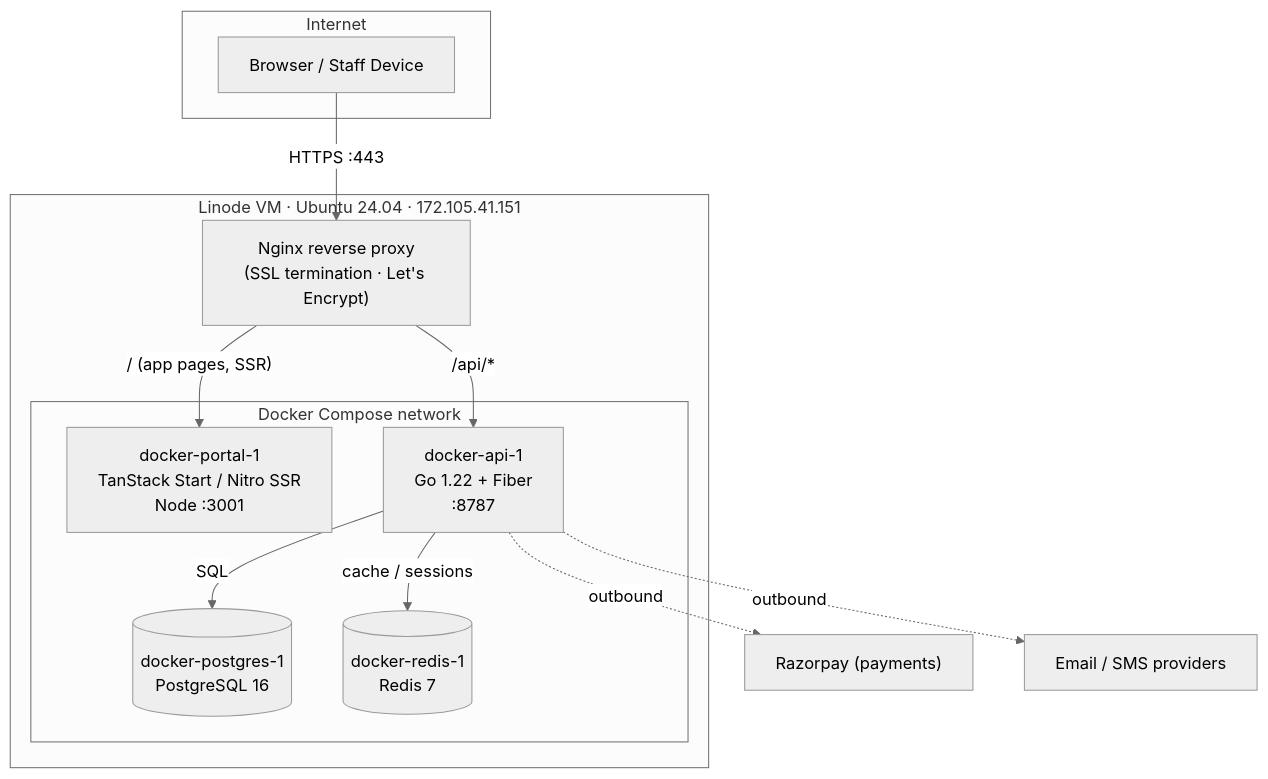
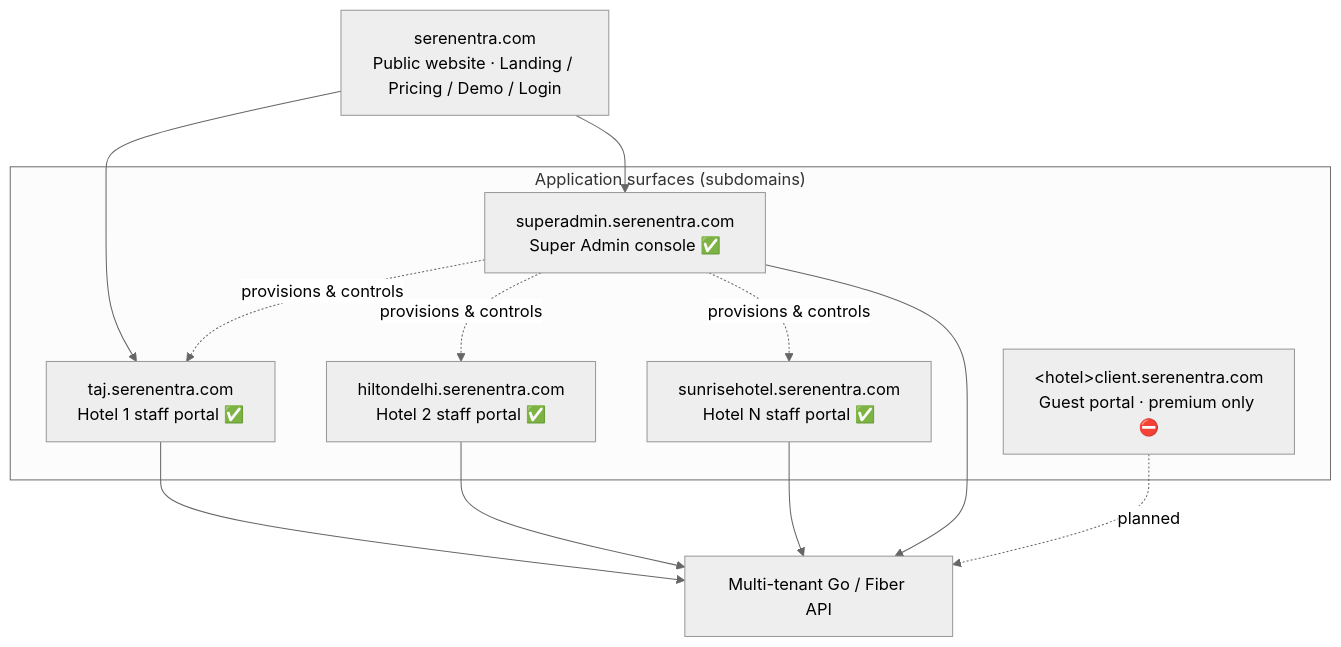
One commit to jasmeet15069/HmsAdminStaffPortal changed the first of 10 diagrams in docs/ARCHITECTURE.md. Above: the diagram before and after it, drawn with Mermaid (neutral theme). The commit also changed other lines of this file, not shown here.

First line of the commit message:
docs: rewrite ARCHITECTURE to match target diagram; scrub IPs

````diff
--- a/docs/ARCHITECTURE.md
+++ b/docs/ARCHITECTURE.md
@@ -19,28 +25,25 @@
 ```mermaid
 flowchart TB
-    subgraph Internet
-        U[Browser / Staff Device]
+    LANDING["serenentra.com<br/>Public website · Landing / Pricing / Demo / Login"]
+
+    subgraph Surfaces["Application surfaces (subdomains)"]
+        SADMIN["superadmin.serenentra.com<br/>Super Admin console ✅"]
+        H1["taj.serenentra.com<br/>Hotel 1 staff portal ✅"]
+        H2["hiltondelhi.serenentra.com<br/>Hotel 2 staff portal ✅"]
+        HN["sunrisehotel.serenentra.com<br/>Hotel N staff portal ✅"]
+        GUEST["&lt;hotel&gt;client.serenentra.com<br/>Guest portal · premium only ⛔"]
     end
 
-    subgraph VM["Linode VM · Ubuntu 24.04 · 172.105.41.151"]
-        NGINX["Nginx reverse proxy<br/>(SSL termination · Let's Encrypt)"]
+    API["Multi-tenant Go / Fiber API"]
 
-        subgraph Docker["Docker Compose network"]
-            PORTAL["docker-portal-1<br/>TanStack Start / Nitro SSR<br/>Node :3001"]
-            API["docker-api-1<br/>Go 1.22 + Fiber<br/>:8787"]
-            PG[("docker-postgres-1<br/>PostgreSQL 16")]
-            REDIS[("docker-redis-1<br/>Redis 7")]
-        end
-    end
-
-    U -- "HTTPS :443" --> NGINX
-    NGINX -- "/  (app pages, SSR)" --> PORTAL
-    NGINX -- "/api/*" --> API
-    API -- "SQL" --> PG
-    API -- "cache / sessions" --> REDIS
-
-    EXT1["Razorpay (payments)"]
-    EXT2["Email / SMS providers"]
-    API -. "outbound" .-> EXT1
-    API -. "outbound" .-> EXT2
+    LANDING --> SADMIN
+    LANDING --> H1
+    SADMIN -. "provisions & controls" .-> H1
+    SADMIN -. "provisions & controls" .-> H2
+    SADMIN -. "provisions & controls" .-> HN
+    H1 --> API
+    H2 --> API
+    HN --> API
+    SADMIN --> API
+    GUEST -. "planned" .-> API
 ```
````
